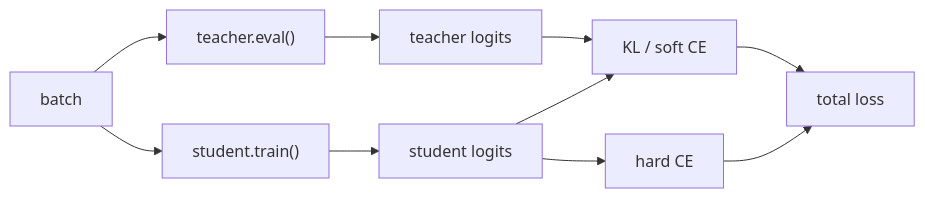
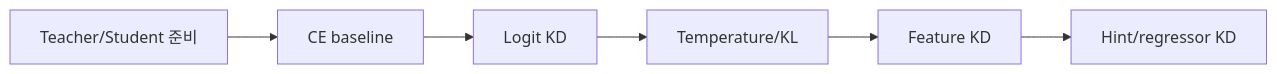
The diagram in study_notes/on_device_ai/practice/03_knowledge_distillation_practice_guide.md (knowgyu/aisp), drawn with Mermaid before and after one commit. The commit also changed other lines of this file and 10 other files, not shown here.

````diff
--- a/study_notes/on_device_ai/practice/03_knowledge_distillation_practice_guide.md
+++ b/study_notes/on_device_ai/practice/03_knowledge_distillation_practice_guide.md
@@ -6,10 +11,14 @@
 ```mermaid
 flowchart LR
-  X["batch"] --> T["teacher.eval()"] --> TL["teacher logits"]
-  X --> S["student.train()"] --> SL["student logits"]
-  TL --> KD["KL / soft CE"]
-  SL --> KD
-  SL --> CE["hard CE"]
-  KD --> L["total loss"]
-  CE --> L
+  A["Teacher/Student 준비"]
+  B["CE baseline"]
+  A --> B
+  C["Logit KD"]
+  B --> C
+  D["Temperature/KL"]
+  C --> D
+  E["Feature KD"]
+  D --> E
+  F["Hint/regressor KD"]
+  E --> F
 ```
````
